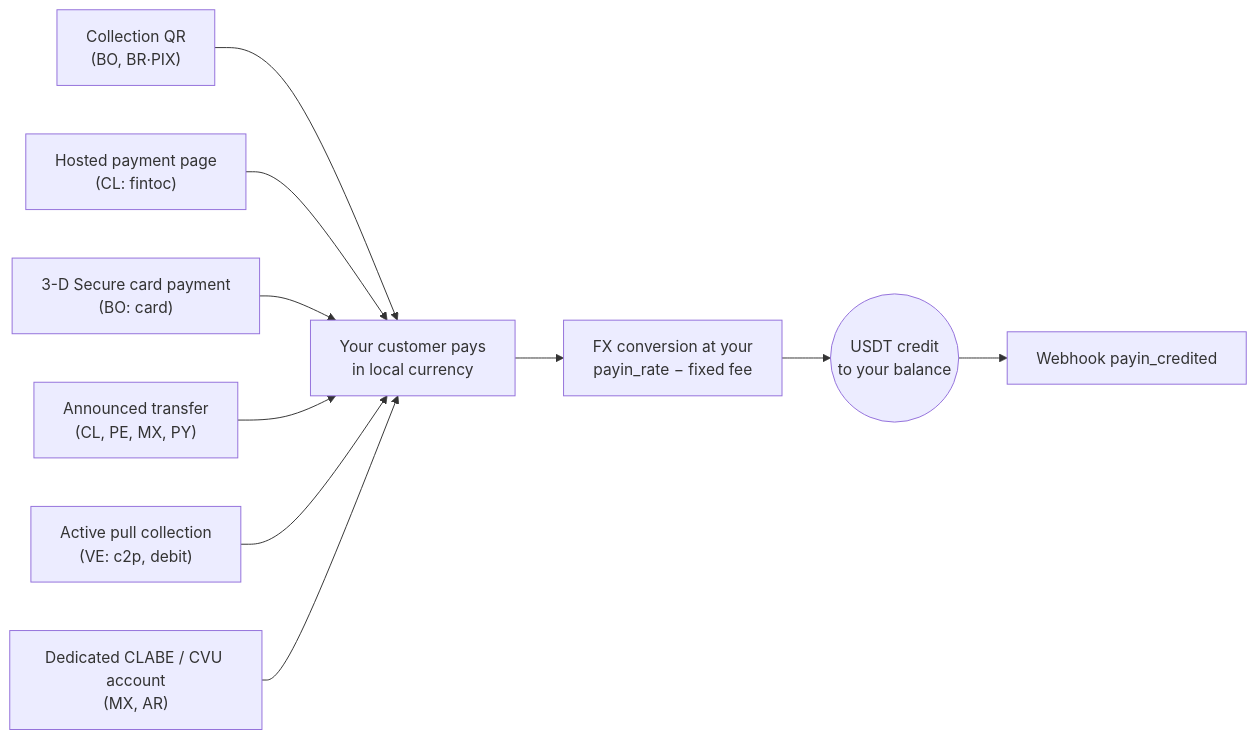
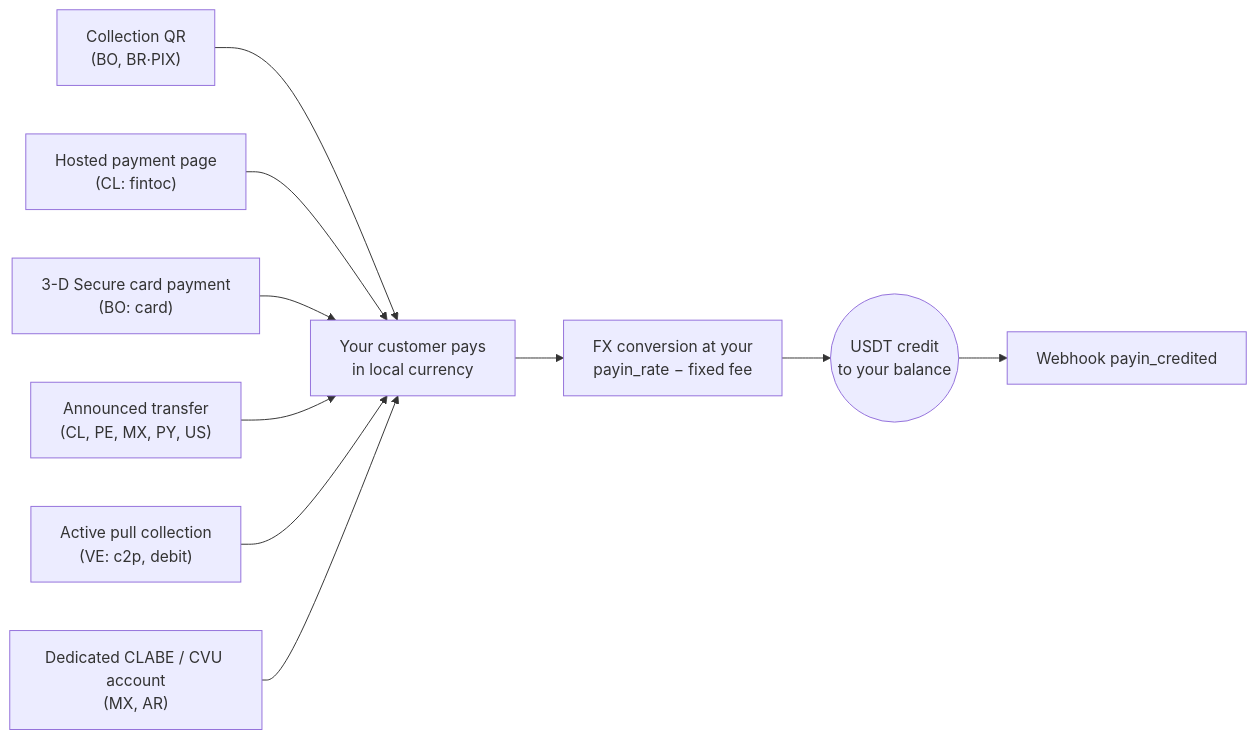
One commit to SaturoS17/docs changed the diagram in en/guides/payins.mdx. Above: the diagram before and after it, drawn with Mermaid. The commit also changed other lines of this file and 35 other files, not shown here.

````diff
--- a/en/guides/payins.mdx
+++ b/en/guides/payins.mdx
@@ -19,12 +19,12 @@
 ```mermaid
 flowchart LR
     qr["Collection QR<br/>(BO, BR·PIX)"] --> pay["Your customer pays<br/>in local currency"]
     hosted["Hosted payment page<br/>(CL: fintoc)"] --> pay
     card["3-D Secure card payment<br/>(BO: card)"] --> pay
-    announced["Announced transfer<br/>(CL, PE, MX, PY)"] --> pay
+    announced["Announced transfer<br/>(CL, PE, MX, PY, US)"] --> pay
     pull["Active pull collection<br/>(VE: c2p, debit)"] --> pay
     clabe["Dedicated CLABE / CVU account<br/>(MX, AR)"] --> pay
     pay --> conv["FX conversion at your<br/>payin_rate − fixed fee"]
     conv --> credit(("USDT credit<br/>to your balance"))
     credit --> wh["Webhook payin_credited"]
 ```
````
